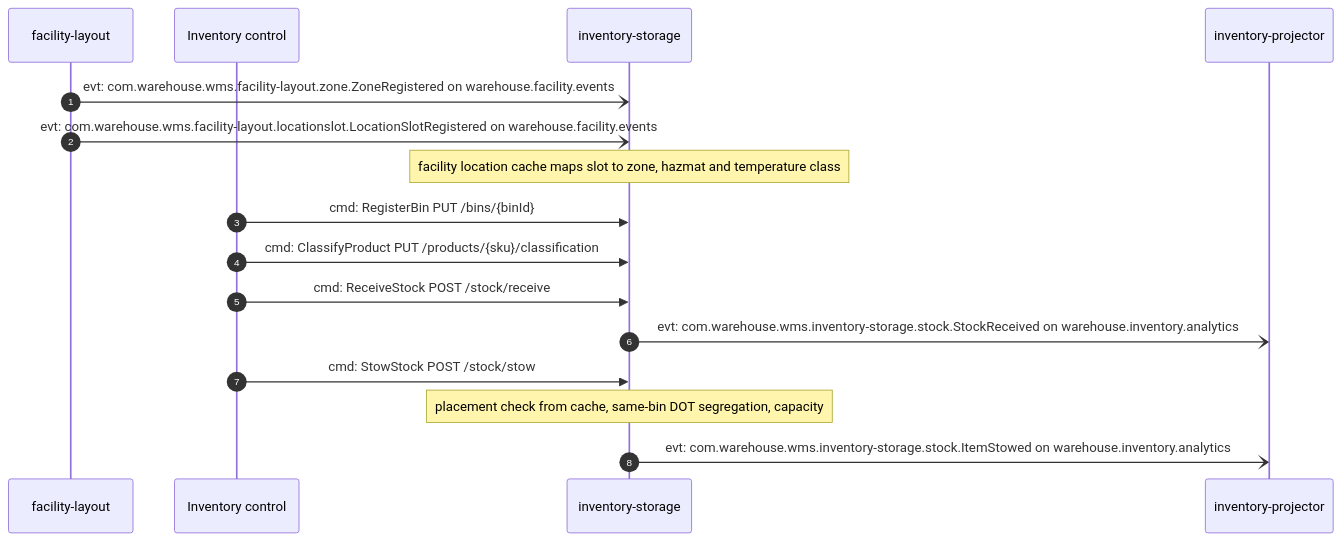
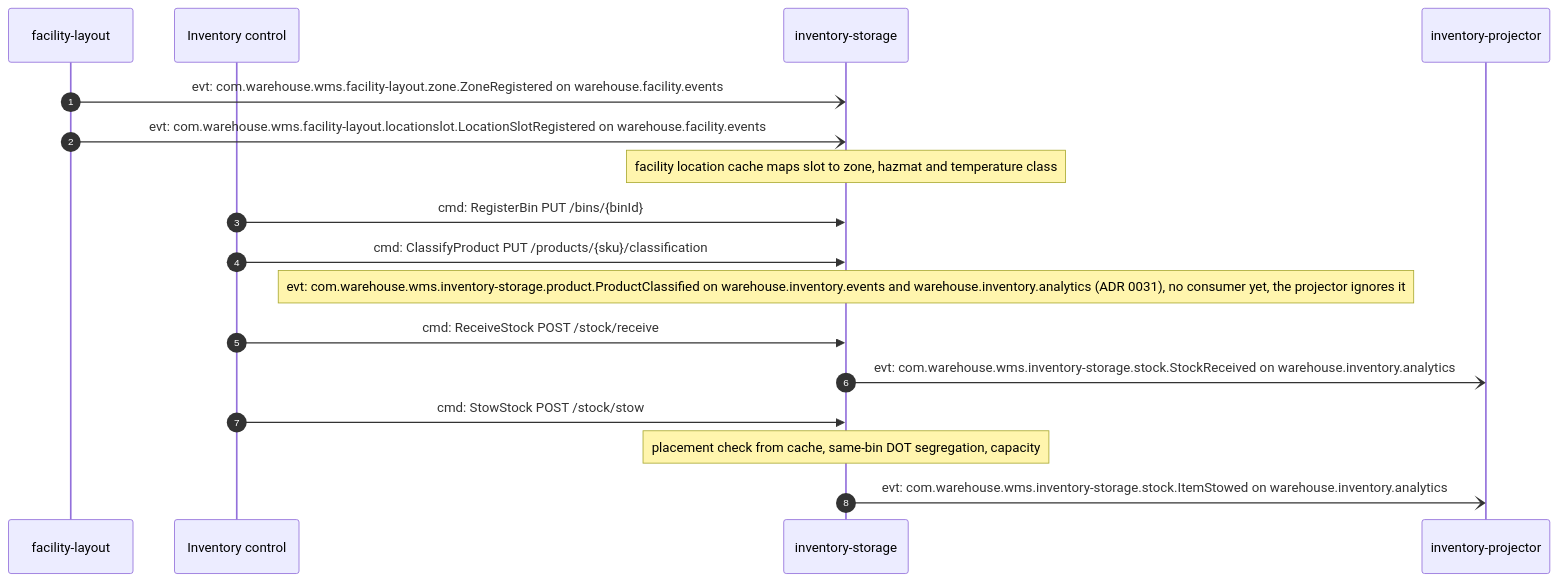
The third of 4 diagrams in docs/docs/ddd/domain-message-flow.md (IQVO/inventory-storage), drawn with Mermaid before and after one commit. The commit also changed other lines of this file and 22 other files, not shown here.

First line of the commit message:
feat: publish ProductClassified; confirm-pick direction (audit decisions 2026-10-06) (#147)

````diff
--- a/docs/docs/ddd/domain-message-flow.md
+++ b/docs/docs/ddd/domain-message-flow.md
@@ -87,18 +87,19 @@
 ```mermaid
 sequenceDiagram
     autonumber
     participant FL as facility-layout
     participant IC as Inventory control
     participant INV as inventory-storage
     participant PJ as inventory-projector
     FL-)INV: evt: com.warehouse.wms.facility-layout.zone.ZoneRegistered on warehouse.facility.events
     FL-)INV: evt: com.warehouse.wms.facility-layout.locationslot.LocationSlotRegistered on warehouse.facility.events
     Note over INV: facility location cache maps slot to zone, hazmat and temperature class
     IC->>INV: cmd: RegisterBin PUT /bins/{binId}
     IC->>INV: cmd: ClassifyProduct PUT /products/{sku}/classification
+    Note over INV: evt: com.warehouse.wms.inventory-storage.product.ProductClassified on warehouse.inventory.events and warehouse.inventory.analytics (ADR 0031), no consumer yet, the projector ignores it
     IC->>INV: cmd: ReceiveStock POST /stock/receive
     INV-)PJ: evt: com.warehouse.wms.inventory-storage.stock.StockReceived on warehouse.inventory.analytics
     IC->>INV: cmd: StowStock POST /stock/stow
     Note over INV: placement check from cache, same-bin DOT segregation, capacity
     INV-)PJ: evt: com.warehouse.wms.inventory-storage.stock.ItemStowed on warehouse.inventory.analytics
 ```
````
